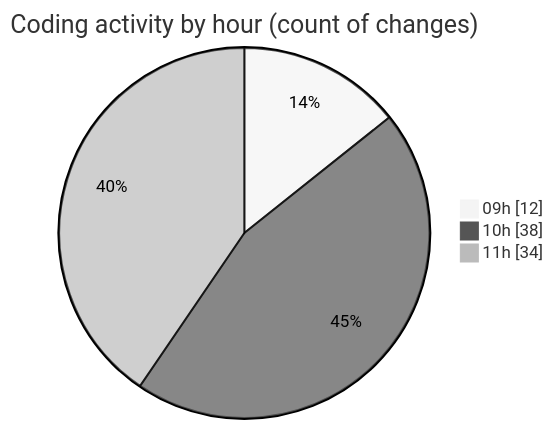
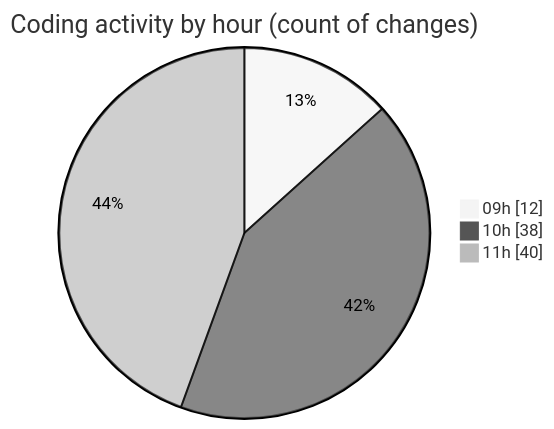
One commit to momahboobian/code-tracking changed the second of 2 diagrams in 2025-10-03/cda/README.md. Above: the diagram before and after it, drawn with Mermaid (neutral theme). The commit also changed other lines of this file and 1 other file, not shown here.

````diff
--- a/2025-10-03/cda/README.md
+++ b/2025-10-03/cda/README.md
@@ -33,7 +33,7 @@
 ```mermaid
 pie showData
 title Coding activity by hour (count of changes)
 "09h" : 12
 "10h" : 38
-"11h" : 34
+"11h" : 40
 ```
````
